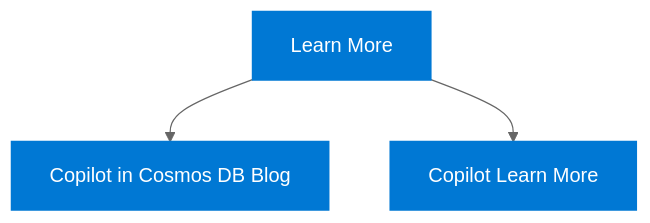
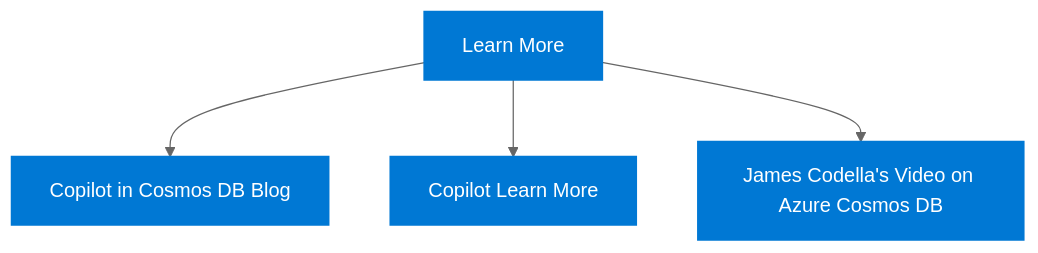
Before and after one commit to AaronCWacker/AzureModels4AI: the fifth of 5 diagrams in Azure Cosmos DB Copilot.md, drawn with Mermaid (neutral theme).

Commit message:
Update Azure Cosmos DB Copilot.md

````diff
--- a/Azure Cosmos DB Copilot.md
+++ b/Azure Cosmos DB Copilot.md
@@ -110,15 +110,18 @@
 ```mermaid
 graph TD
     A[Learn More]
     B[Copilot in Cosmos DB Blog]
     C[Copilot Learn More]
+    D[James Codella's Video on Azure Cosmos DB]
 
     A --> B
     A --> C
+    A --> D
 
     click B "https://aka.ms/CopilotInCosmosDBBlog" _blank
     click C "https://aka.ms/cdb-copilot-learn-more" _blank
+    click D "https://www.youtube.com/watch?v=STc30jdBwl8&list=PLHgX2IExbFos07Jf1iT2gg94A2IArbmLC&index=3&t=1049s" _blank
 
     classDef default fill:#0078D4,color:#ffffff,stroke:#0078D4,stroke-width:2px;
-    class A,B,C default;
+    class A,B,C,D default;
 ```
````
